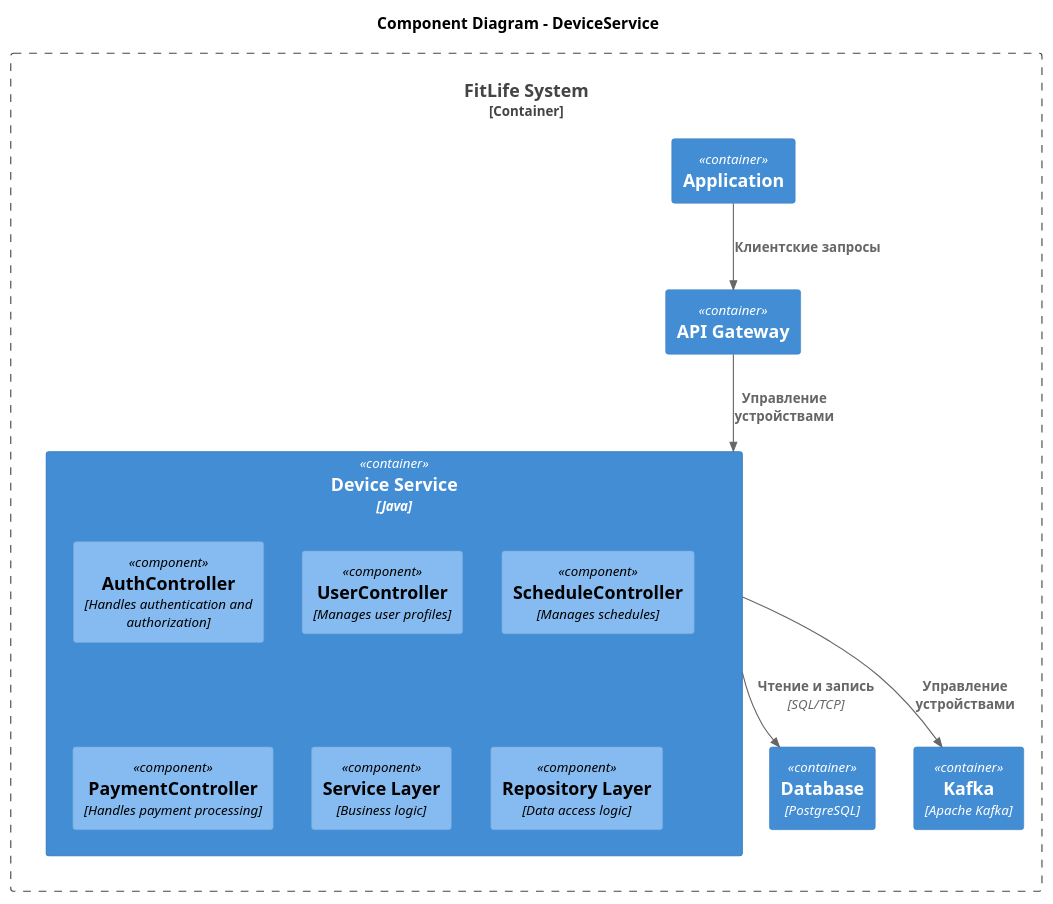
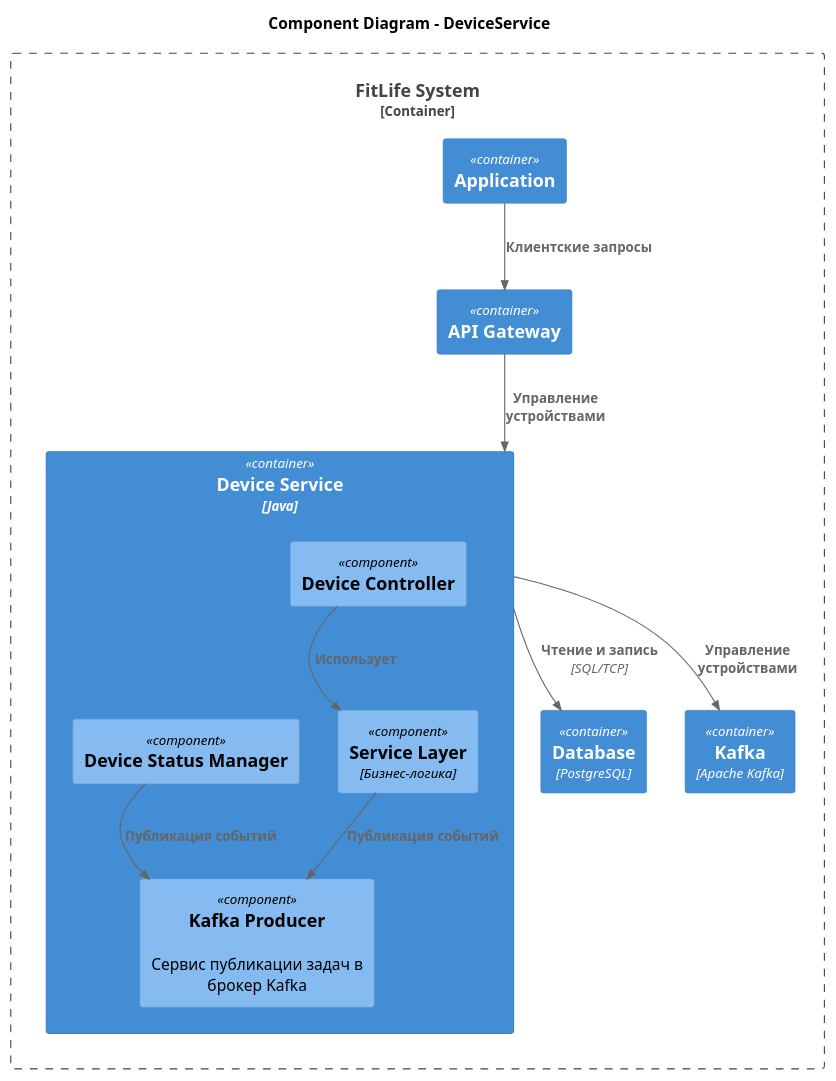
One commit to MarieSpring/architecture-sprint-3 changed the diagram in docs/task2/Components.puml. Above: the diagram before and after it, drawn with PlantUML.

Commit message:
task 2 (in progress)

```diff
--- a/docs/task2/Components.puml
+++ b/docs/task2/Components.puml
@@ -1,30 +1,31 @@
 @startuml
 
 title Component Diagram - DeviceService
 
 !include https://raw.githubusercontent.com/plantuml-stdlib/C4-PlantUML/master/C4_Component.puml
 
 Container_Boundary(FitLifeSystem, "FitLife System") {
   Container(App, "Application")
   Container(ApiGateway, "API Gateway")  
   Container(DeviceService, "Device Service", "Java")
   Container(Database, "Database", "PostgreSQL")
   Container(Kafka, "Kafka", "Apache Kafka")
 }
 
 Container(DeviceService, "Device Service") {
-  Component(AuthController, "AuthController", "Handles authentication and authorization")
-  Component(UserController, "UserController", "Manages user profiles")
-  Component(ScheduleController, "ScheduleController", "Manages schedules")
-  Component(PaymentController, "PaymentController", "Handles payment processing")
-  Component(ServiceLayer, "Service Layer", "Business logic")
-  Component(RepositoryLayer, "Repository Layer", "Data access logic")
+  Component(KafkaProducer, "Kafka Producer", , "Сервис публикации задач в брокер Kafka")
+  Component(DeviceController, "Device Controller")
+  Component(ServiceLayer, "Service Layer", "Бизнес-логика")
+  Component(DeviceStatusService, "Device Status Manager") 
 }
 
 Rel(App, ApiGateway, "Клиентские запросы")
 Rel(DeviceService, Kafka, "Управление устройствами")
 Rel(ApiGateway, DeviceService, "Управление устройствами")
 Rel(DeviceService, Database, "Чтение и запись", "SQL/TCP")
 
+Rel(DeviceStatusService, KafkaProducer, "Публикация событий")
+Rel(DeviceController, ServiceLayer, "Использует")
+Rel(ServiceLayer, KafkaProducer, "Публикация событий")
 
 @enduml
```
